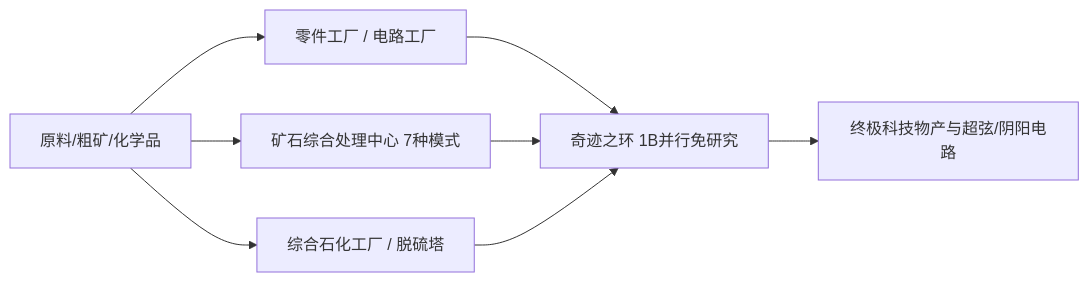
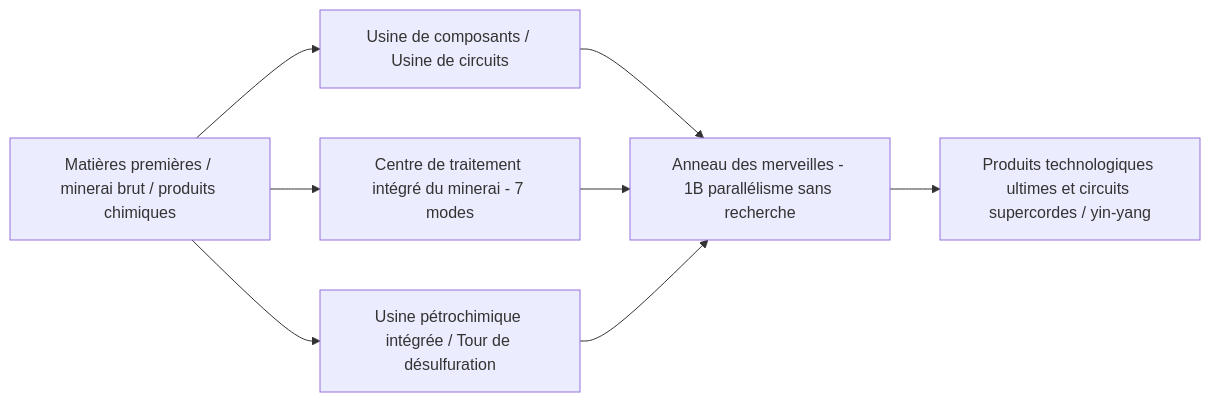
One commit to takanashisatou/GregtechEasy-Docs changed the diagram in docs/fr/gtecore/machines-and-multiblocks.md. Above: the diagram before and after it, drawn with Mermaid. The commit also changed other lines of this file and 9 other files, not shown here.

````diff
--- a/docs/fr/gtecore/machines-and-multiblocks.md
+++ b/docs/fr/gtecore/machines-and-multiblocks.md
@@ -27,8 +27,8 @@
 ```mermaid
 graph LR
-    A[原料/粗矿/化学品] --> B[零件工厂 / 电路工厂]
-    A --> C[矿石综合处理中心 7种模式]
-    A --> D[综合石化工厂 / 脱硫塔]
-    B & C & D --> E[奇迹之环 1B并行免研究]
-    E --> F[终极科技物产与超弦/阴阳电路]
+    A[Matières premières / minerai brut / produits chimiques] --> B[Usine de composants / Usine de circuits]
+    A --> C[Centre de traitement intégré du minerai - 7 modes]
+    A --> D[Usine pétrochimique intégrée / Tour de désulfuration]
+    B & C & D --> E[Anneau des merveilles - 1B parallélisme sans recherche]
+    E --> F[Produits technologiques ultimes et circuits supercordes / yin-yang]
 ```
````
